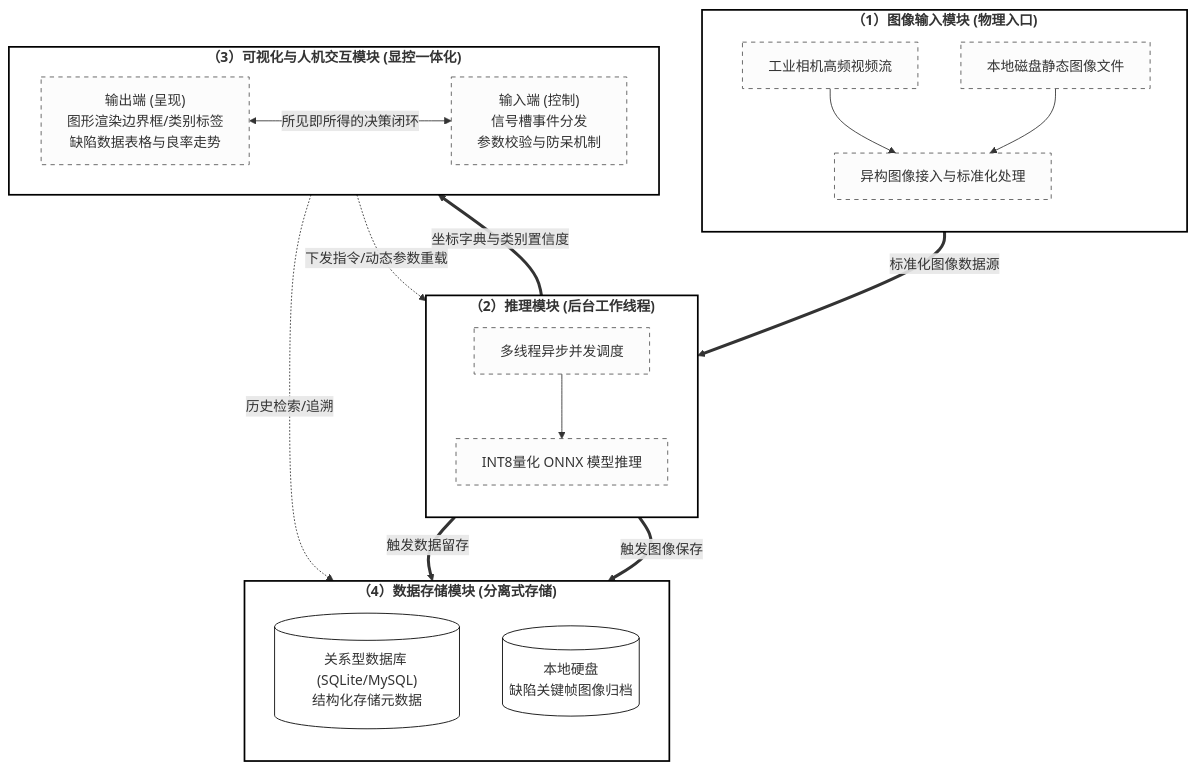
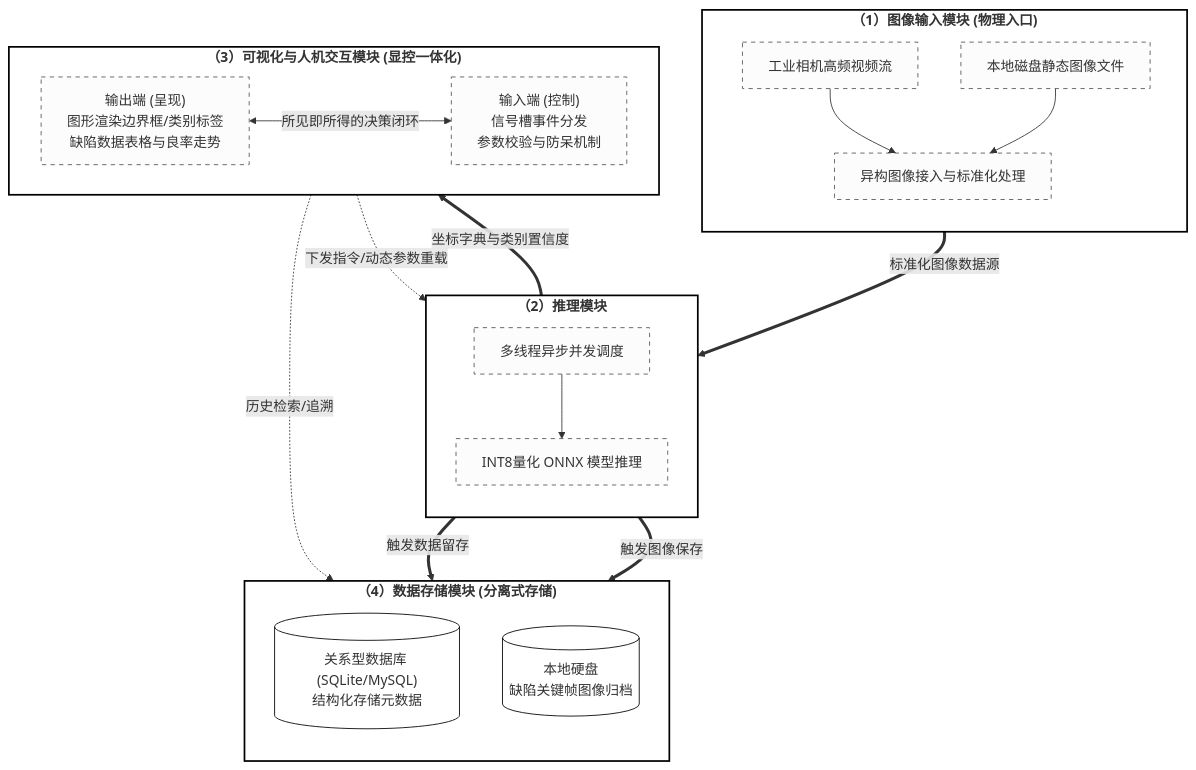
The diagram in all/未命名.md (MAOSHENGsong/iodraw-files), drawn with Mermaid before and after one commit.

Commit message:
2026-03-12 14:35:02 update

````diff
--- a/all/未命名.md
+++ b/all/未命名.md
@@ -1,52 +1,52 @@
 ```mermaid
 graph TD
     %% 整体样式设置：纯白背景，适合学术论文
     classDef mainModule fill:#ffffff,stroke:#000000,stroke-width:2px,font-weight:bold,font-size:16px;
     classDef subNode fill:#fcfcfc,stroke:#555555,stroke-width:1px,stroke-dasharray: 5 5;
     classDef dbNode fill:#ffffff,stroke:#000000,stroke-width:1px;
 
     %% 1. 图像输入模块
     subgraph Module1["（1）图像输入模块 (物理入口)"]
         direction TB
         I1[工业相机高频视频流] --> I3[异构图像接入与标准化处理]
         I2[本地磁盘静态图像文件] --> I3
     end
 
     %% 2. 推理模块
-    subgraph Module2["（2）推理模块 (后台工作线程)"]
+    subgraph Module2["（2）推理模块 "]
         direction TB
         R1[多线程异步并发调度] --> R2[INT8量化 ONNX 模型推理]
     end
 
     %% 3. 可视化与人机交互模块
     subgraph Module3["（3）可视化与人机交互模块 (显控一体化)"]
         direction LR
         V1["输出端 (呈现)<br>图形渲染边界框/类别标签<br>缺陷数据表格与良率走势"]
         V2["输入端 (控制)<br>信号槽事件分发<br>参数校验与防呆机制"]
         V1 <-->|所见即所得的决策闭环| V2
     end
 
     %% 4. 数据存储模块
     subgraph Module4["（4）数据存储模块 (分离式存储)"]
         direction TB
         S1[("关系型数据库 (SQLite/MySQL)<br>结构化存储元数据")]
         S2[("本地硬盘<br>缺陷关键帧图像归档")]
     end
 
     %% 模块间的数据流向 (连线)
     I3 == 标准化图像数据源 ==> R1
     
     R2 == "坐标字典与类别置信度" ==> V1
     V2 -. "下发指令/动态参数重载" .-> R1
     
     R2 == 触发数据留存 ==> S1
-    R2 == 触发图像保存  ==> S2
+    R2 == 触发图像保存 ==> S2
     
     V1 -. 历史检索/追溯 .-> S1
 
     %% 应用样式
     class Module1,Module2,Module3,Module4 mainModule;
     class I1,I2,I3,R1,R2,V1,V2 subNode;
     class S1,S2 dbNode;
   
 ```
````
